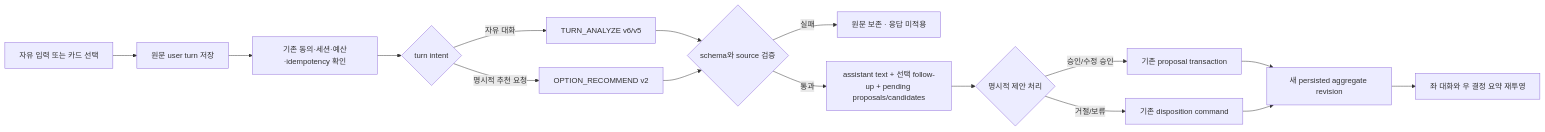
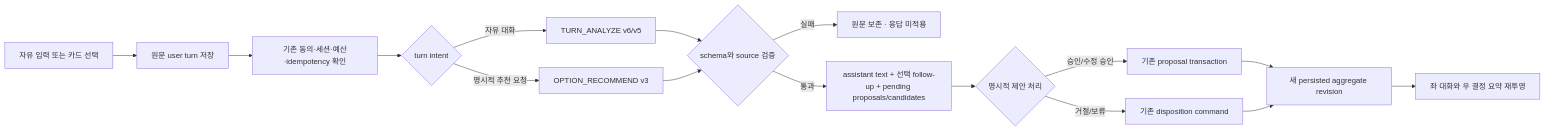
One commit to donghyunlee-dev/ai-agent-blueprint changed the diagram in docs/tasks/CON-PR-05/plan.md. Above: the diagram before and after it, drawn with Mermaid. The commit also changed other lines of this file and 15 other files, not shown here.

````diff
--- a/docs/tasks/CON-PR-05/plan.md
+++ b/docs/tasks/CON-PR-05/plan.md
@@ -54,18 +54,18 @@
 ```mermaid
 flowchart LR
   A[자유 입력 또는 카드 선택] --> B[원문 user turn 저장]
   B --> C[기존 동의·세션·예산·idempotency 확인]
   C --> D{turn intent}
   D -- 자유 대화 --> E[TURN_ANALYZE v6/v5]
-  D -- 명시적 추천 요청 --> R[OPTION_RECOMMEND v2]
+  D -- 명시적 추천 요청 --> R[OPTION_RECOMMEND v3]
   E --> V{schema와 source 검증}
   R --> V
   V -- 실패 --> F[원문 보존 · 응답 미적용]
   V -- 통과 --> G[assistant text + 선택 follow-up + pending proposals/candidates]
   G --> H{명시적 제안 처리}
   H -- 승인/수정 승인 --> I[기존 proposal transaction]
   H -- 거절/보류 --> J[기존 disposition command]
   I --> K[새 persisted aggregate revision]
   J --> K
   K --> L[좌 대화와 우 결정 요약 재투영]
 ```
````
